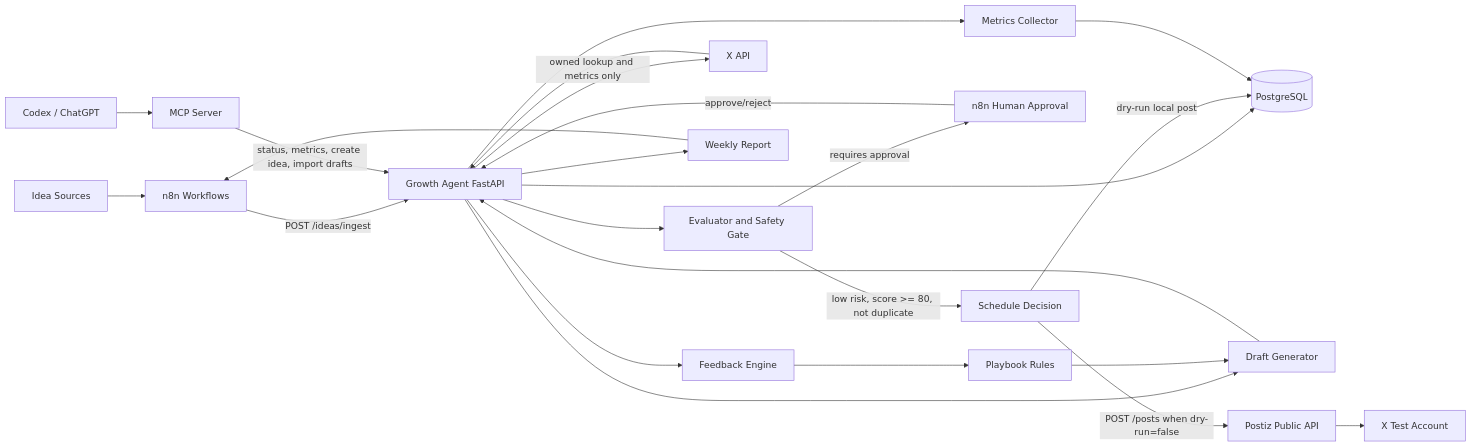
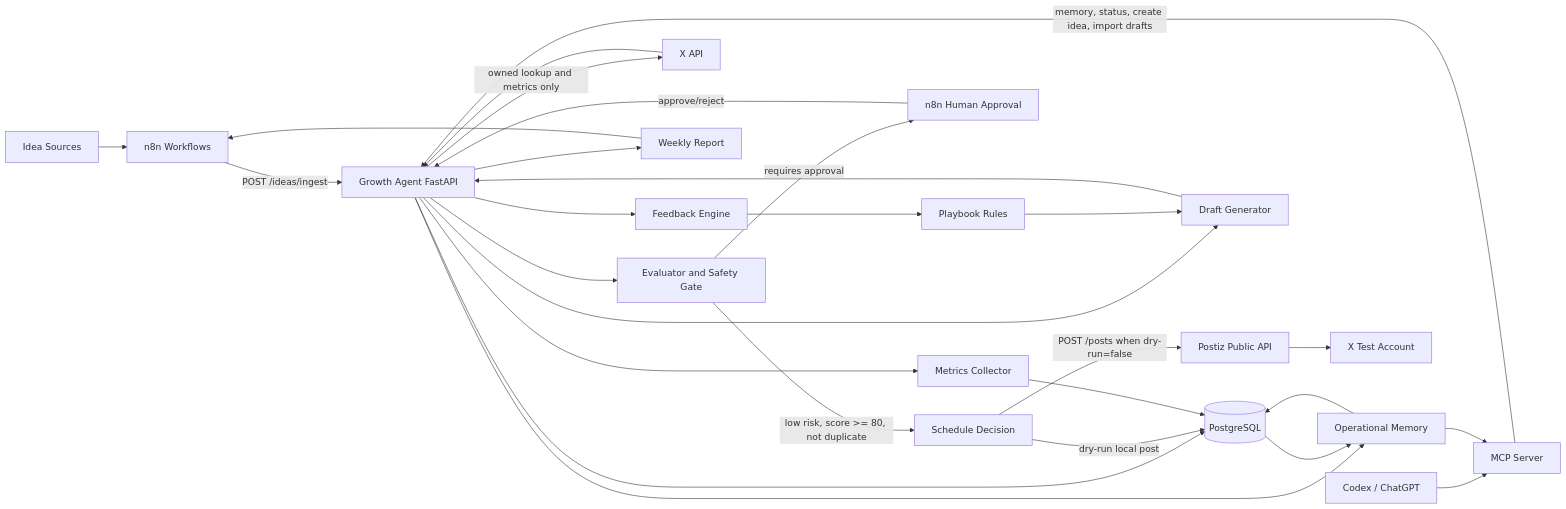
One commit to wasanemon/automation_x changed the diagram in docs/architecture.md. Above: the diagram before and after it, drawn with Mermaid. The commit also changed other lines of this file and 13 other files, not shown here.

Commit message:
Add operational memory history

````diff
--- a/docs/architecture.md
+++ b/docs/architecture.md
@@ -5,26 +5,30 @@
 ```mermaid
 flowchart LR
     Sources[Idea Sources] --> N8N[n8n Workflows]
     N8N -->|POST /ideas/ingest| Agent[Growth Agent FastAPI]
     ChatGPT[Codex / ChatGPT] --> MCP[MCP Server]
-    MCP -->|status, metrics, create idea, import drafts| Agent
+    MCP -->|memory, status, create idea, import drafts| Agent
     Agent --> DB[(PostgreSQL)]
     Agent --> Drafts[Draft Generator]
     Drafts --> Agent
     Agent --> Evaluator[Evaluator and Safety Gate]
     Evaluator -->|low risk, score >= 80, not duplicate| Scheduler[Schedule Decision]
     Evaluator -->|requires approval| N8NApproval[n8n Human Approval]
     N8NApproval -->|approve/reject| Agent
     Scheduler -->|dry-run local post| DB
     Scheduler -->|POST /posts when dry-run=false| Postiz[Postiz Public API]
     Postiz --> X[X Test Account]
     Agent -->|owned lookup and metrics only| XAPI[X API]
     XAPI --> Agent
     Agent --> Metrics[Metrics Collector]
     Metrics --> DB
     Agent --> Feedback[Feedback Engine]
     Feedback --> Playbook[Playbook Rules]
     Playbook --> Drafts
+    Agent --> Memory[Operational Memory]
+    Memory --> DB
+    DB --> Memory
+    Memory --> MCP
     Agent --> Reports[Weekly Report]
     Reports --> N8N
 ```
````
